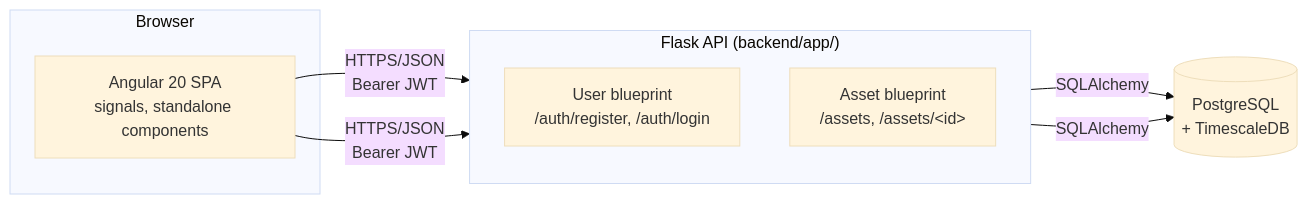
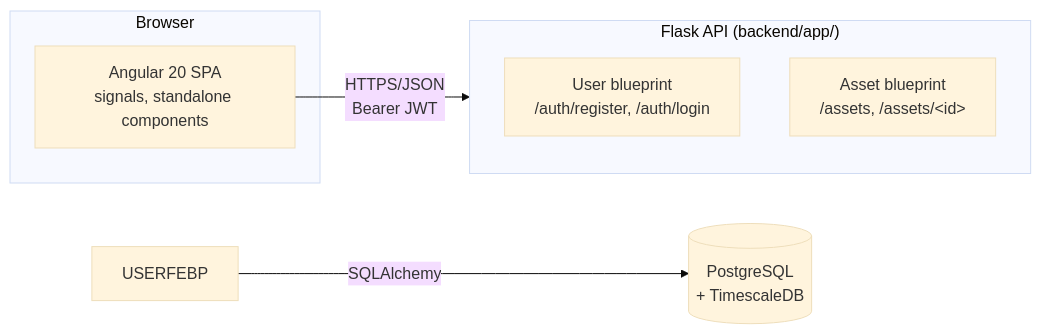
Before and after one commit to jyothisgm/samotics_assignment: the first of 4 diagrams in README.md, drawn with Mermaid (base theme). The commit also changed other lines of this file and 11 other files, not shown here.

````diff
--- a/README.md
+++ b/README.md
@@ -59,19 +45,17 @@
 ```mermaid
 flowchart LR
     subgraph Client["Browser"]
         FE["Angular 20 SPA<br/>signals, standalone components"]
     end
 
     subgraph Server["Flask API (backend/app/)"]
         direction TB
         USERBP["User blueprint<br/>/auth/register, /auth/login"]
         ASSETBP["Asset blueprint<br/>/assets, /assets/&lt;id&gt;"]
     end
 
     DB[("PostgreSQL<br/>+ TimescaleDB")]
 
     FE -- "HTTPS/JSON<br/>Bearer JWT" --> USERBP
-    FE -- "HTTPS/JSON<br/>Bearer JWT" --> ASSETBP
-    USERBP -- "SQLAlchemy" --> DB
-    ASSETBP -- "SQLAlchemy" --> DB
+    USERFEBP -- "SQLAlchemy" --> DB
 ```
````
